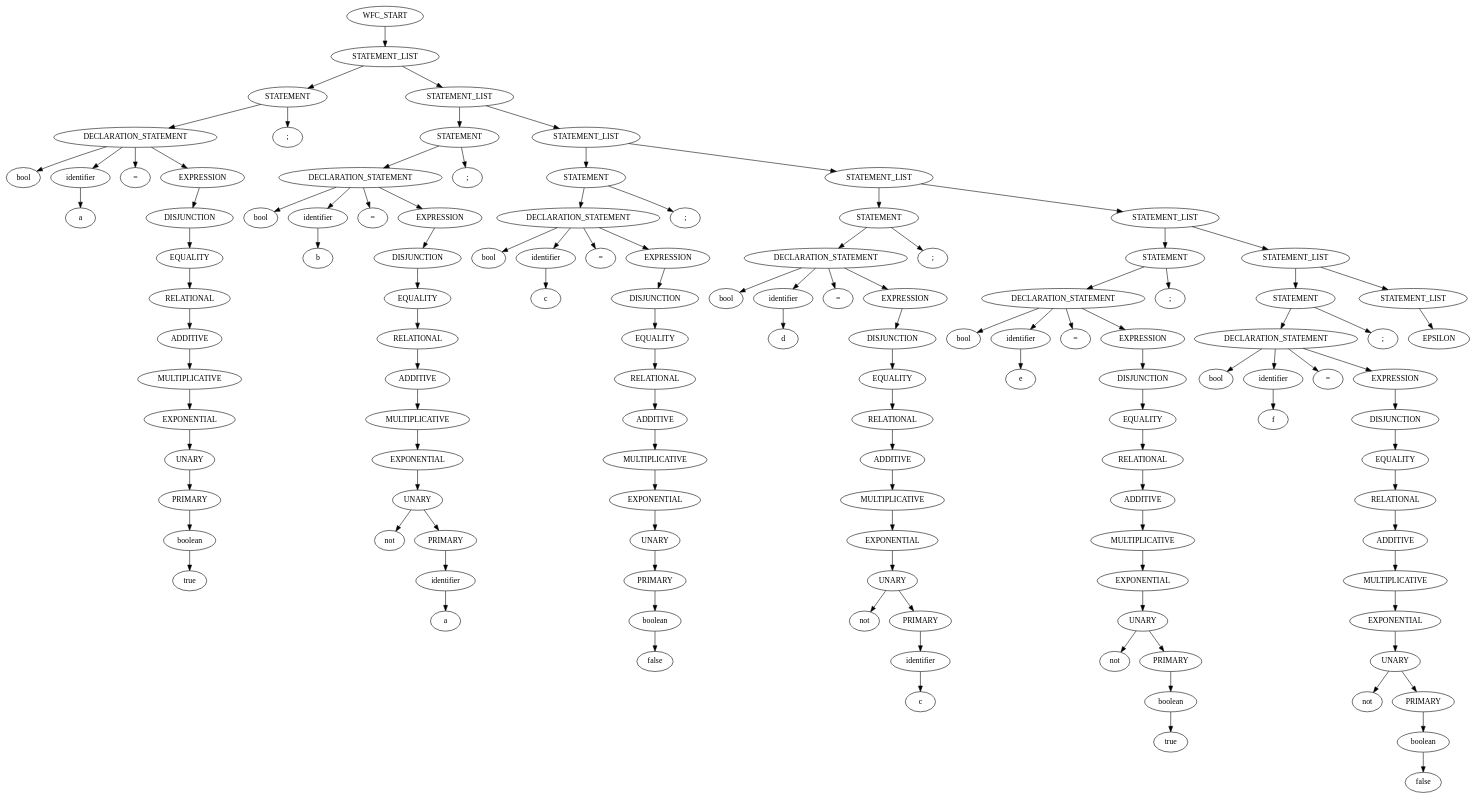
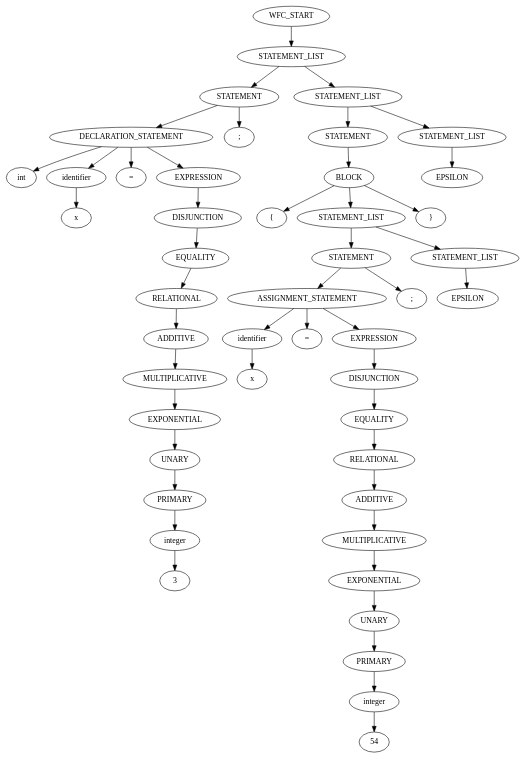
One commit to MeatballSub/TL_System changed the diagram in Domain-Template/Target/1/test.dot. Above: the diagram before and after it, drawn with Graphviz. The commit also changed 8 other files, not shown here.

```diff
--- a/Domain-Template/Target/1/test.dot
+++ b/Domain-Template/Target/1/test.dot
@@ -5,10 +5,10 @@
 struct2 [label="STATEMENT_LIST"]
 struct3 [label="STATEMENT"]
 struct4 [label="DECLARATION_STATEMENT"]
-struct5 [label="bool"]
+struct5 [label="int"]
 struct4->struct5
 struct6 [label="identifier"]
-struct7 [label="a"]
+struct7 [label="x"]
 struct6->struct7
 struct4->struct6
 struct8 [label="="]
@@ -22,8 +22,8 @@
 struct15 [label="EXPONENTIAL"]
 struct16 [label="UNARY"]
 struct17 [label="PRIMARY"]
-struct18 [label="boolean"]
-struct19 [label="true"]
+struct18 [label="integer"]
+struct19 [label="3"]
 struct18->struct19
 struct17->struct18
 struct16->struct17
@@ -41,205 +41,57 @@
 struct2->struct3
 struct21 [label="STATEMENT_LIST"]
 struct22 [label="STATEMENT"]
-struct23 [label="DECLARATION_STATEMENT"]
-struct24 [label="bool"]
+struct23 [label="BLOCK"]
+struct24 [label="{"]
 struct23->struct24
-struct25 [label="identifier"]
-struct26 [label="b"]
-struct25->struct26
-struct23->struct25
-struct27 [label="="]
-struct23->struct27
-struct28 [label="EXPRESSION"]
-struct29 [label="DISJUNCTION"]
-struct30 [label="EQUALITY"]
-struct31 [label="RELATIONAL"]
-struct32 [label="ADDITIVE"]
-struct33 [label="MULTIPLICATIVE"]
-struct34 [label="EXPONENTIAL"]
-struct35 [label="UNARY"]
-struct36 [label="not"]
-struct35->struct36
-struct37 [label="PRIMARY"]
-struct38 [label="identifier"]
-struct39 [label="a"]
+struct25 [label="STATEMENT_LIST"]
+struct26 [label="STATEMENT"]
+struct27 [label="ASSIGNMENT_STATEMENT"]
+struct28 [label="identifier"]
+struct29 [label="x"]
+struct28->struct29
+struct27->struct28
+struct30 [label="="]
+struct27->struct30
+struct31 [label="EXPRESSION"]
+struct32 [label="DISJUNCTION"]
+struct33 [label="EQUALITY"]
+struct34 [label="RELATIONAL"]
+struct35 [label="ADDITIVE"]
+struct36 [label="MULTIPLICATIVE"]
+struct37 [label="EXPONENTIAL"]
+struct38 [label="UNARY"]
+struct39 [label="PRIMARY"]
+struct40 [label="integer"]
+struct41 [label="54"]
+struct40->struct41
+struct39->struct40
 struct38->struct39
 struct37->struct38
-struct35->struct37
+struct36->struct37
+struct35->struct36
 struct34->struct35
 struct33->struct34
 struct32->struct33
 struct31->struct32
-struct30->struct31
-struct29->struct30
-struct28->struct29
-struct23->struct28
+struct27->struct31
+struct26->struct27
+struct42 [label=";"]
+struct26->struct42
+struct25->struct26
+struct43 [label="STATEMENT_LIST"]
+struct44 [label="EPSILON"]
+struct43->struct44
+struct25->struct43
+struct23->struct25
+struct45 [label="}"]
+struct23->struct45
 struct22->struct23
-struct40 [label=";"]
-struct22->struct40
 struct21->struct22
-struct41 [label="STATEMENT_LIST"]
-struct42 [label="STATEMENT"]
-struct43 [label="DECLARATION_STATEMENT"]
-struct44 [label="bool"]
-struct43->struct44
-struct45 [label="identifier"]
-struct46 [label="c"]
-struct45->struct46
-struct43->struct45
-struct47 [label="="]
-struct43->struct47
-struct48 [label="EXPRESSION"]
-struct49 [label="DISJUNCTION"]
-struct50 [label="EQUALITY"]
-struct51 [label="RELATIONAL"]
-struct52 [label="ADDITIVE"]
-struct53 [label="MULTIPLICATIVE"]
-struct54 [label="EXPONENTIAL"]
-struct55 [label="UNARY"]
-struct56 [label="PRIMARY"]
-struct57 [label="boolean"]
-struct58 [label="false"]
-struct57->struct58
-struct56->struct57
-struct55->struct56
-struct54->struct55
-struct53->struct54
-struct52->struct53
-struct51->struct52
-struct50->struct51
-struct49->struct50
-struct48->struct49
-struct43->struct48
-struct42->struct43
-struct59 [label=";"]
-struct42->struct59
-struct41->struct42
-struct60 [label="STATEMENT_LIST"]
-struct61 [label="STATEMENT"]
-struct62 [label="DECLARATION_STATEMENT"]
-struct63 [label="bool"]
-struct62->struct63
-struct64 [label="identifier"]
-struct65 [label="d"]
-struct64->struct65
-struct62->struct64
-struct66 [label="="]
-struct62->struct66
-struct67 [label="EXPRESSION"]
-struct68 [label="DISJUNCTION"]
-struct69 [label="EQUALITY"]
-struct70 [label="RELATIONAL"]
-struct71 [label="ADDITIVE"]
-struct72 [label="MULTIPLICATIVE"]
-struct73 [label="EXPONENTIAL"]
-struct74 [label="UNARY"]
-struct75 [label="not"]
-struct74->struct75
-struct76 [label="PRIMARY"]
-struct77 [label="identifier"]
-struct78 [label="c"]
-struct77->struct78
-struct76->struct77
-struct74->struct76
-struct73->struct74
-struct72->struct73
-struct71->struct72
-struct70->struct71
-struct69->struct70
-struct68->struct69
-struct67->struct68
-struct62->struct67
-struct61->struct62
-struct79 [label=";"]
-struct61->struct79
-struct60->struct61
-struct80 [label="STATEMENT_LIST"]
-struct81 [label="STATEMENT"]
-struct82 [label="DECLARATION_STATEMENT"]
-struct83 [label="bool"]
-struct82->struct83
-struct84 [label="identifier"]
-struct85 [label="e"]
-struct84->struct85
-struct82->struct84
-struct86 [label="="]
-struct82->struct86
-struct87 [label="EXPRESSION"]
-struct88 [label="DISJUNCTION"]
-struct89 [label="EQUALITY"]
-struct90 [label="RELATIONAL"]
-struct91 [label="ADDITIVE"]
-struct92 [label="MULTIPLICATIVE"]
-struct93 [label="EXPONENTIAL"]
-struct94 [label="UNARY"]
-struct95 [label="not"]
-struct94->struct95
-struct96 [label="PRIMARY"]
-struct97 [label="boolean"]
-struct98 [label="true"]
-struct97->struct98
-struct96->struct97
-struct94->struct96
-struct93->struct94
-struct92->struct93
-struct91->struct92
-struct90->struct91
-struct89->struct90
-struct88->struct89
-struct87->struct88
-struct82->struct87
-struct81->struct82
-struct99 [label=";"]
-struct81->struct99
-struct80->struct81
-struct100 [label="STATEMENT_LIST"]
-struct101 [label="STATEMENT"]
-struct102 [label="DECLARATION_STATEMENT"]
-struct103 [label="bool"]
-struct102->struct103
-struct104 [label="identifier"]
-struct105 [label="f"]
-struct104->struct105
-struct102->struct104
-struct106 [label="="]
-struct102->struct106
-struct107 [label="EXPRESSION"]
-struct108 [label="DISJUNCTION"]
-struct109 [label="EQUALITY"]
-struct110 [label="RELATIONAL"]
-struct111 [label="ADDITIVE"]
-struct112 [label="MULTIPLICATIVE"]
-struct113 [label="EXPONENTIAL"]
-struct114 [label="UNARY"]
-struct115 [label="not"]
-struct114->struct115
-struct116 [label="PRIMARY"]
-struct117 [label="boolean"]
-struct118 [label="false"]
-struct117->struct118
-struct116->struct117
-struct114->struct116
-struct113->struct114
-struct112->struct113
-struct111->struct112
-struct110->struct111
-struct109->struct110
-struct108->struct109
-struct107->struct108
-struct102->struct107
-struct101->struct102
-struct119 [label=";"]
-struct101->struct119
-struct100->struct101
-struct120 [label="STATEMENT_LIST"]
-struct121 [label="EPSILON"]
-struct120->struct121
-struct100->struct120
-struct80->struct100
-struct60->struct80
-struct41->struct60
-struct21->struct41
+struct46 [label="STATEMENT_LIST"]
+struct47 [label="EPSILON"]
+struct46->struct47
+struct21->struct46
 struct2->struct21
 struct1->struct2
 }
```
